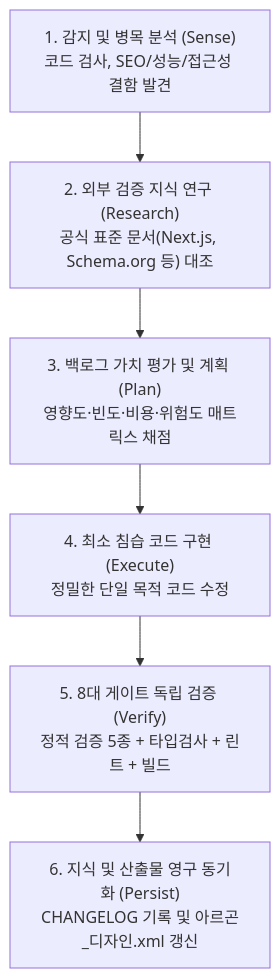
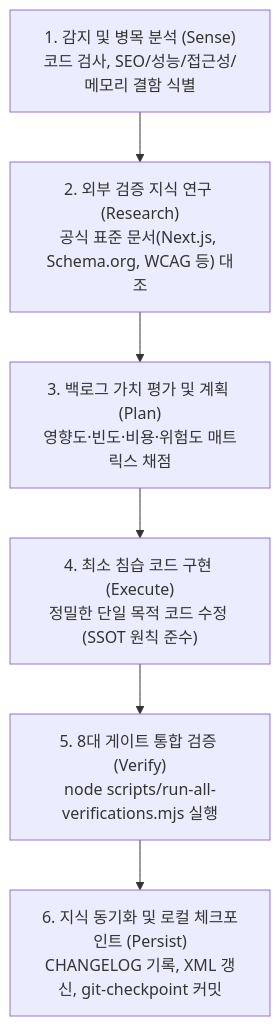
One commit to aaaaa18801880-sketch/hanbat-used-mall changed the diagram in docs/evolution/PROTOCOL.md. Above: the diagram before and after it, drawn with Mermaid. The commit also changed other lines of this file and 11 other files, not shown here.

````diff
--- a/docs/evolution/PROTOCOL.md
+++ b/docs/evolution/PROTOCOL.md
@@ -48,8 +53,8 @@
 ```mermaid
 flowchart TD
-    S1["1. 감지 및 병목 분석 (Sense)<br>코드 검사, SEO/성능/접근성 결함 발견"] --> S2["2. 외부 검증 지식 연구 (Research)<br>공식 표준 문서(Next.js, Schema.org 등) 대조"]
+    S1["1. 감지 및 병목 분석 (Sense)<br>코드 검사, SEO/성능/접근성/메모리 결함 식별"] --> S2["2. 외부 검증 지식 연구 (Research)<br>공식 표준 문서(Next.js, Schema.org, WCAG 등) 대조"]
     S2 --> S3["3. 백로그 가치 평가 및 계획 (Plan)<br>영향도·빈도·비용·위험도 매트릭스 채점"]
-    S3 --> S4["4. 최소 침습 코드 구현 (Execute)<br>정밀한 단일 목적 코드 수정"]
-    S4 --> S5["5. 8대 게이트 독립 검증 (Verify)<br>정적 검증 5종 + 타입검사 + 린트 + 빌드"]
-    S5 --> S6["6. 지식 및 산출물 영구 동기화 (Persist)<br>CHANGELOG 기록 및 아르곤_디자인.xml 갱신"]
+    S3 --> S4["4. 최소 침습 코드 구현 (Execute)<br>정밀한 단일 목적 코드 수정 (SSOT 원칙 준수)"]
+    S4 --> S5["5. 8대 게이트 통합 검증 (Verify)<br>node scripts/run-all-verifications.mjs 실행"]
+    S5 --> S6["6. 지식 동기화 및 로컬 체크포인트 (Persist)<br>CHANGELOG 기록, XML 갱신, git-checkpoint 커밋"]
 ```
````
